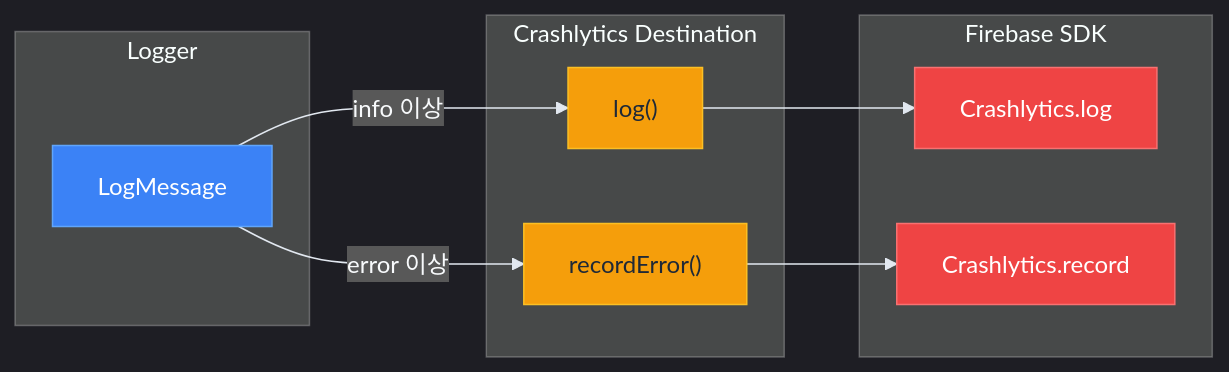
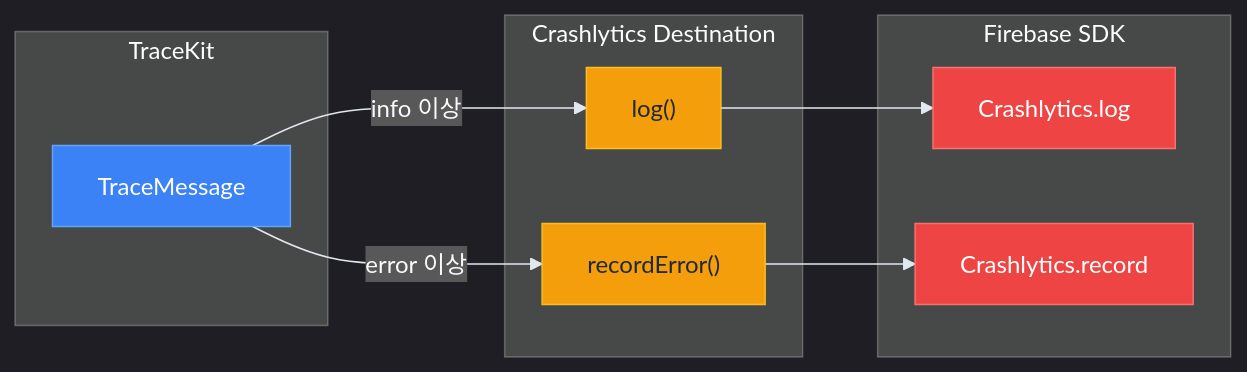
Before and after one commit to Jimmy-Jung/TraceKit: the second of 2 diagrams in Documents/05-외부-연동.md, drawn with Mermaid. The commit also changed other lines of this file and 9 other files, not shown here.

First line of the commit message:
docs: [문서] TraceKit 프로젝트 문서 업데이트

````diff
--- a/Documents/05-외부-연동.md
+++ b/Documents/05-외부-연동.md
@@ -316,33 +316,33 @@
 ```mermaid
 %%{init: {
   'theme': 'dark',
   'themeVariables': { 'lineColor': '#e2e8f0', 'textColor': '#f8fafc' }
 }}%%
 flowchart LR
-    subgraph Logger
-        L["LogMessage"]
+    subgraph TraceKit
+        L["TraceMessage"]
     end
     
     subgraph Crashlytics["Crashlytics Destination"]
         LOG["log()"]
         REC["recordError()"]
     end
     
     subgraph Firebase["Firebase SDK"]
         CL["Crashlytics.log"]
         CE["Crashlytics.record"]
     end
     
     L -->|info 이상| LOG
     L -->|error 이상| REC
     LOG --> CL
     REC --> CE
     
     classDef log fill:#3b82f6,stroke:#60a5fa,color:#ffffff
     classDef crash fill:#f59e0b,stroke:#fbbf24,color:#1f2937
     classDef firebase fill:#ef4444,stroke:#f87171,color:#ffffff
     
     class L log
     class LOG,REC crash
     class CL,CE firebase
 ```
````
